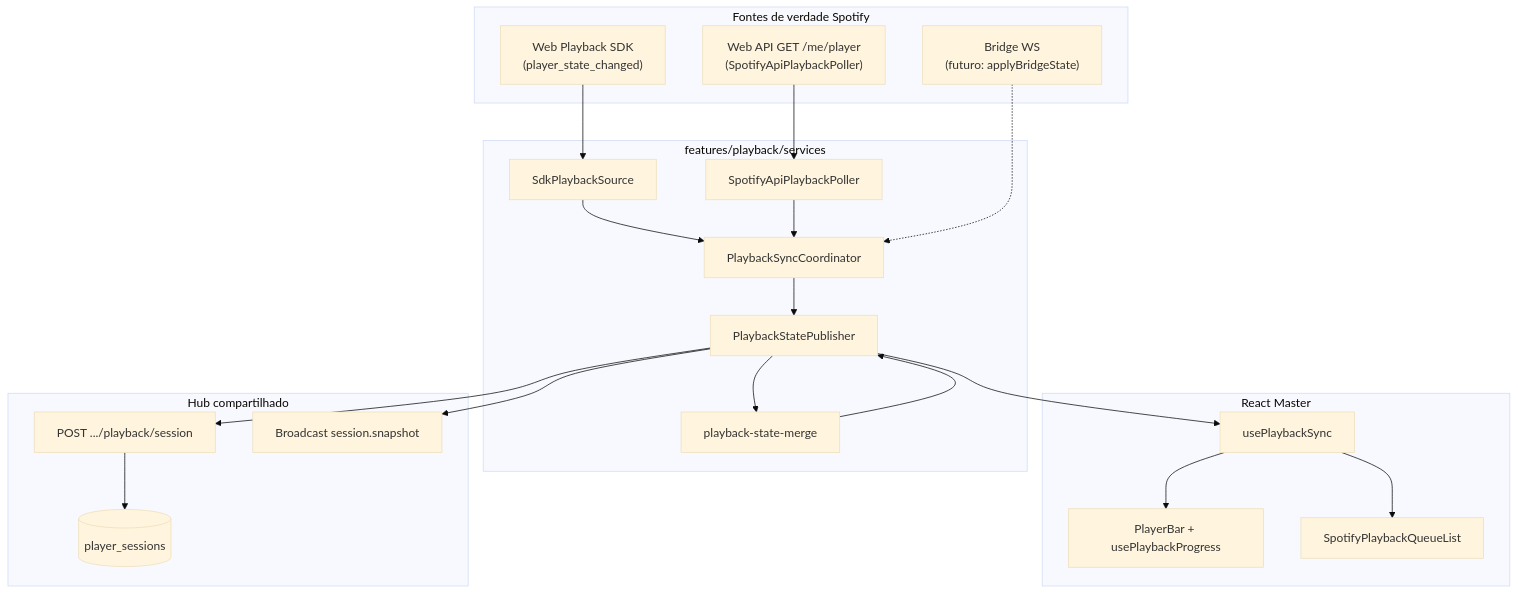
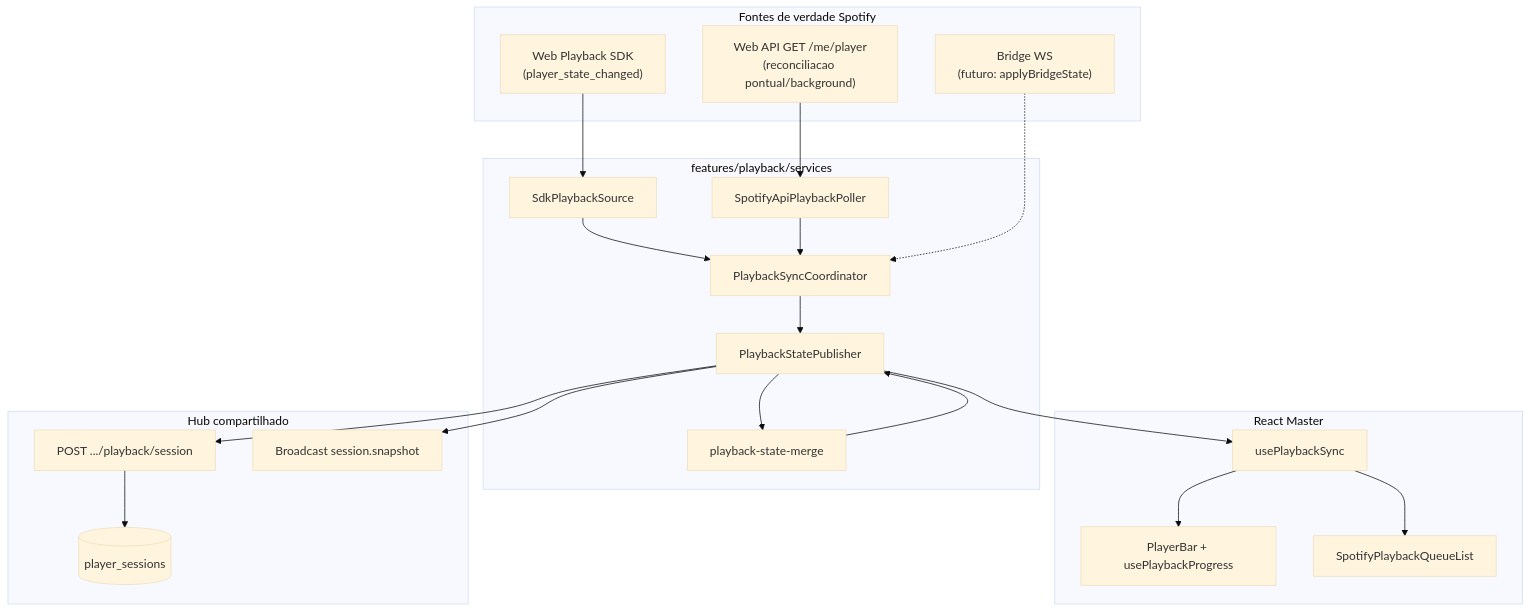
Before and after one commit to LucasArgate/muziks: the first of 3 diagrams in docs/tech/PLAYBACK-MASTER-CLIENT-SYNC.md, drawn with Mermaid (base theme). The commit also changed other lines of this file and 66 other files, not shown here.

````diff
--- a/docs/tech/PLAYBACK-MASTER-CLIENT-SYNC.md
+++ b/docs/tech/PLAYBACK-MASTER-CLIENT-SYNC.md
@@ -20,40 +20,40 @@
 ```mermaid
 flowchart TB
   subgraph Sources["Fontes de verdade Spotify"]
     SDK["Web Playback SDK\n(player_state_changed)"]
-    API["Web API GET /me/player\n(SpotifyApiPlaybackPoller)"]
+    API["Web API GET /me/player\n(reconciliacao pontual/background)"]
     BR["Bridge WS\n(futuro: applyBridgeState)"]
   end
 
   subgraph Orchestration["features/playback/services"]
     SRC[SdkPlaybackSource]
     POLL[SpotifyApiPlaybackPoller]
     COORD[PlaybackSyncCoordinator]
     PUB[PlaybackStatePublisher]
     MERGE[playback-state-merge]
   end
 
   subgraph UI["React Master"]
     SYNC[usePlaybackSync]
     BAR[PlayerBar + usePlaybackProgress]
     QLIST[SpotifyPlaybackQueueList]
   end
 
   subgraph Remote["Hub compartilhado"]
     POST["POST .../playback/session"]
     DB[(player_sessions)]
     RT["Broadcast session.snapshot"]
   end
 
   SDK --> SRC --> COORD
   API --> POLL --> COORD
   BR -.-> COORD
   COORD --> PUB
   PUB --> MERGE
   MERGE --> PUB
   PUB --> SYNC
   SYNC --> BAR
   SYNC --> QLIST
   PUB --> POST --> DB
   PUB --> RT
 ```
````
